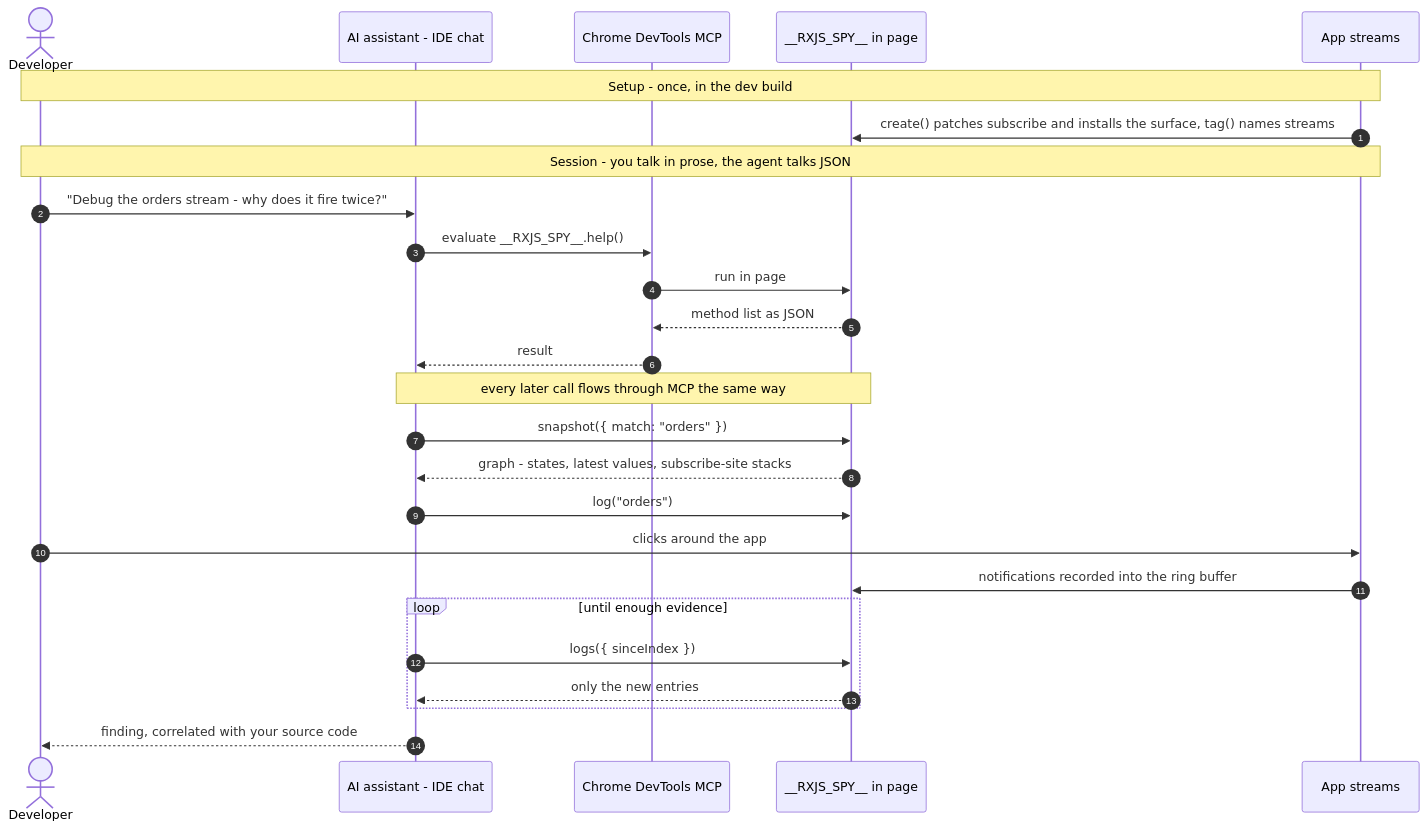
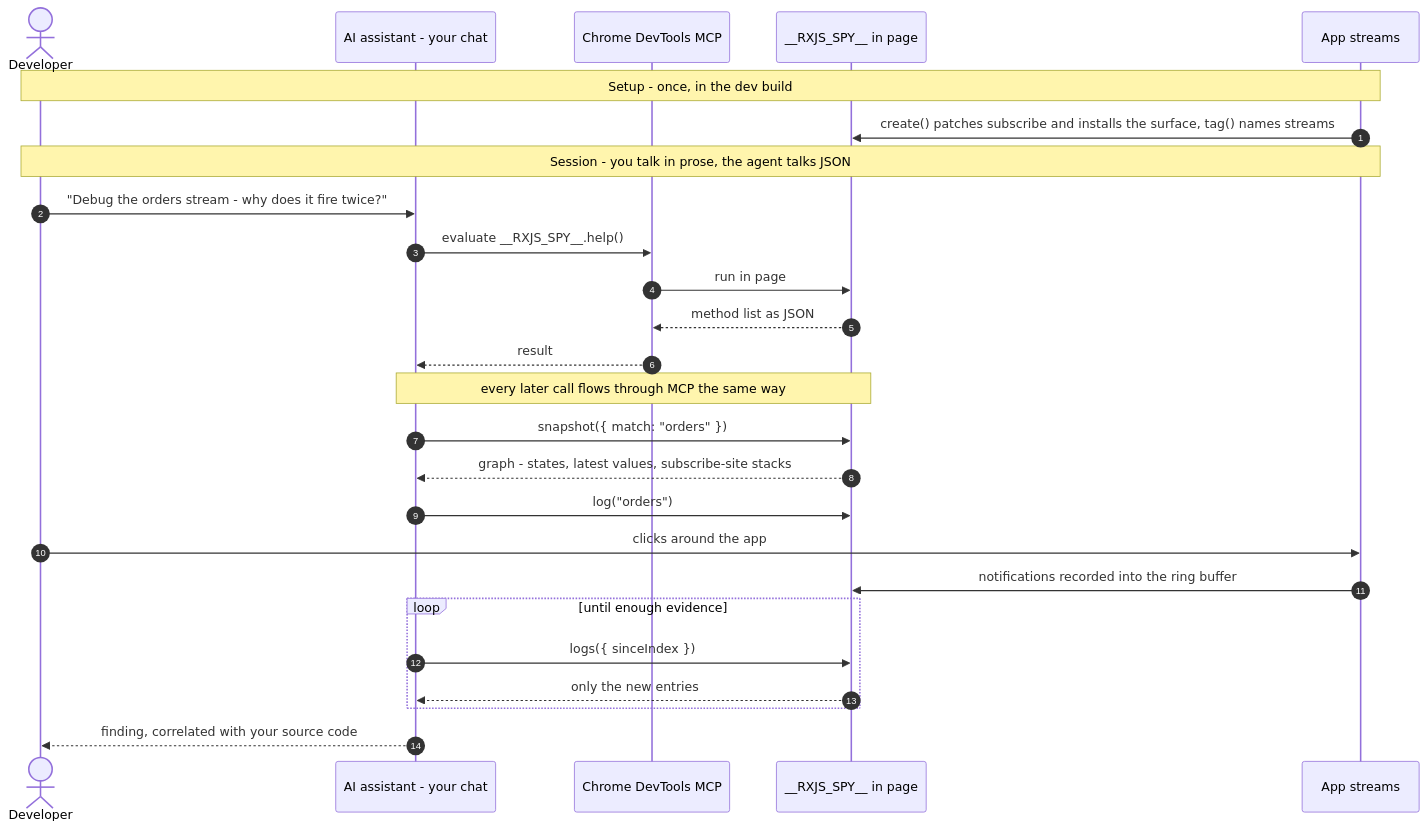
The second of 3 diagrams in docs/rxjs-spy-mcp-explained.md (hansschenker/rxjs-spy-mcp), drawn with Mermaid before and after one commit. The commit also changed other lines of this file and 2 other files, not shown here.

First line of the commit message:
docs: anatomy-of-one-call walkthrough; rename IDE chat to AI chat

````diff
--- a/docs/rxjs-spy-mcp-explained.md
+++ b/docs/rxjs-spy-mcp-explained.md
@@ -56,30 +56,30 @@
 ```mermaid
 sequenceDiagram
     autonumber
     actor Dev as Developer
-    participant Agent as AI assistant - IDE chat
+    participant Agent as AI assistant - your chat
     participant MCP as Chrome DevTools MCP
     participant Surface as __RXJS_SPY__ in page
     participant App as App streams
 
     Note over Dev,App: Setup - once, in the dev build
     App->>Surface: create() patches subscribe and installs the surface, tag() names streams
 
     Note over Dev,App: Session - you talk in prose, the agent talks JSON
     Dev->>Agent: "Debug the orders stream - why does it fire twice?"
     Agent->>MCP: evaluate __RXJS_SPY__.help()
     MCP->>Surface: run in page
     Surface-->>MCP: method list as JSON
     MCP-->>Agent: result
     Note over Agent,Surface: every later call flows through MCP the same way
     Agent->>Surface: snapshot({ match: "orders" })
     Surface-->>Agent: graph - states, latest values, subscribe-site stacks
     Agent->>Surface: log("orders")
     Dev->>App: clicks around the app
     App->>Surface: notifications recorded into the ring buffer
     loop until enough evidence
         Agent->>Surface: logs({ sinceIndex })
         Surface-->>Agent: only the new entries
     end
     Agent-->>Dev: finding, correlated with your source code
 ```
````
